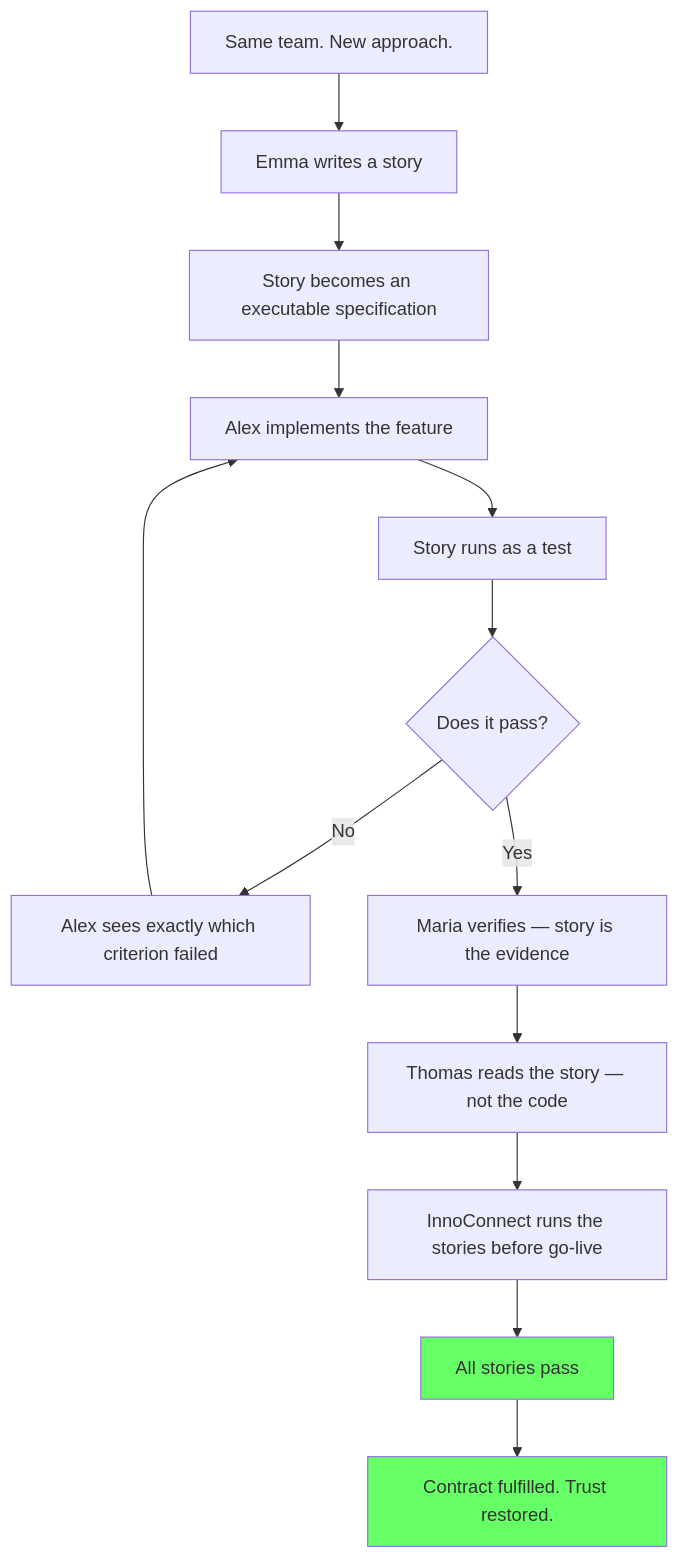
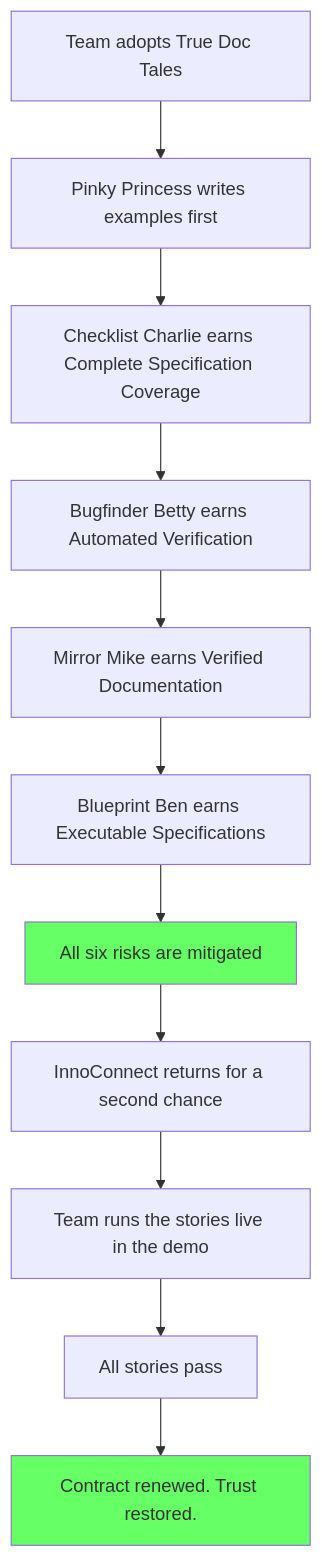
Before and after one commit to truedoctales/truedoctales-4j: the diagram in fairy-doc-tales/05_true-doc-tales-success/00_intro.md, drawn with Mermaid. The commit also changed other lines of this file and 21 other files, not shown here.

````diff
--- a/fairy-doc-tales/05_true-doc-tales-success/00_intro.md
+++ b/fairy-doc-tales/05_true-doc-tales-success/00_intro.md
@@ -27,17 +60,15 @@
 ```mermaid
 graph TD
-    A[Same team. New approach.] --> B[Emma writes a story]
-    B --> C[Story becomes an executable specification]
-    C --> D[Alex implements the feature]
-    D --> E[Story runs as a test]
-    E --> F{Does it pass?}
-    F -->|No| G[Alex sees exactly which criterion failed]
-    G --> D
-    F -->|Yes| H[Maria verifies — story is the evidence]
-    H --> I[Thomas reads the story — not the code]
-    I --> J[InnoConnect runs the stories before go-live]
-    J --> K[All stories pass]
-    K --> L[Contract fulfilled. Trust restored.]
+    A[Team adopts True Doc Tales] --> B[Pinky Princess writes examples first]
+    B --> C[Checklist Charlie earns Complete Specification Coverage]
+    C --> D[Bugfinder Betty earns Automated Verification]
+    D --> E[Mirror Mike earns Verified Documentation]
+    E --> F[Blueprint Ben earns Executable Specifications]
+    F --> G[All six risks are mitigated]
+    G --> H[InnoConnect returns for a second chance]
+    H --> I[Team runs the stories live in the demo]
+    I --> J[All stories pass]
+    J --> K[Contract renewed. Trust restored.]
+    style G fill:#6f6
     style K fill:#6f6
-    style L fill:#6f6
 ```
````
